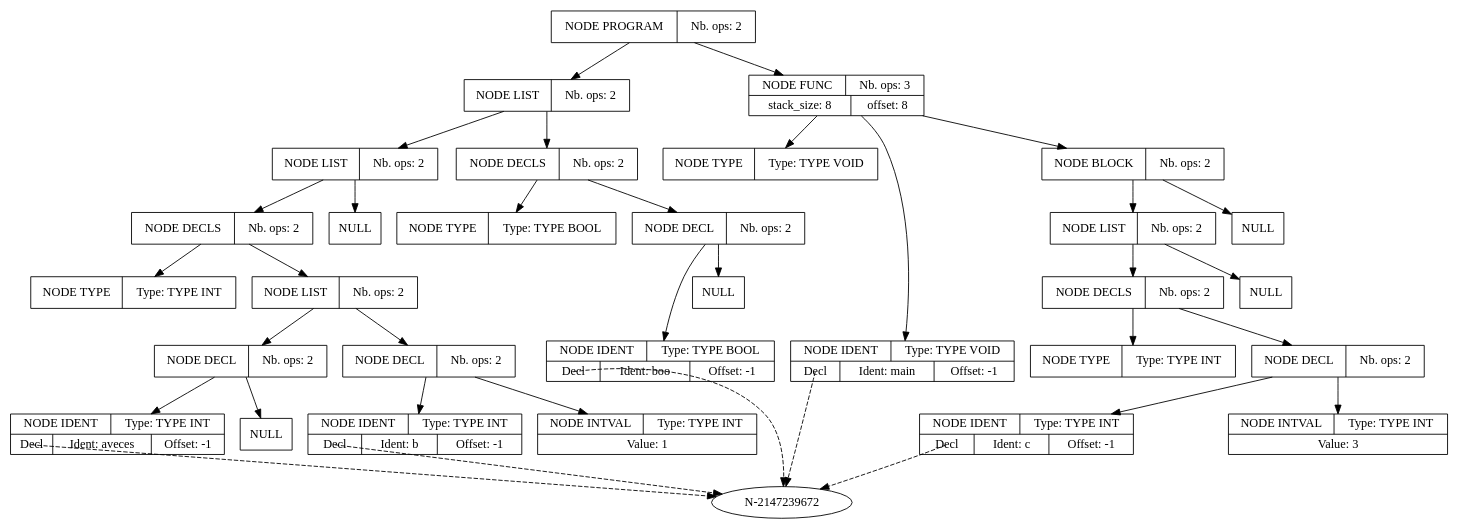
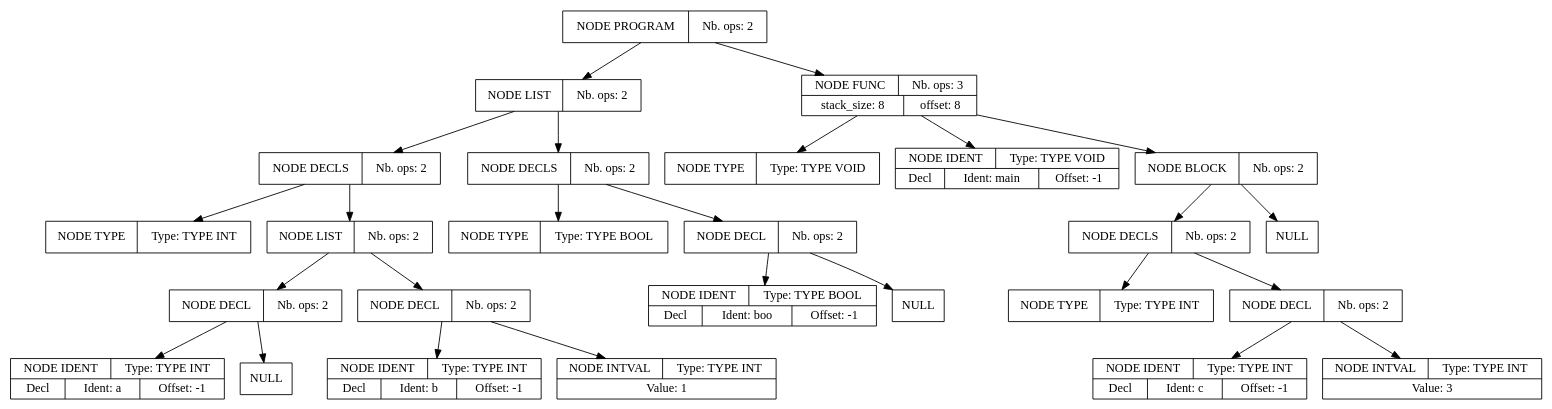
Before and after one commit to LisaHennebelle/Compilation: the diagram in tree.dot, drawn with Graphviz. The commit also changed 12 other files, not shown here.

```diff
--- a/tree.dot
+++ b/tree.dot
@@ -1,100 +1,78 @@
 digraph global_vars {
     N1 [shape=record, label="{{NODE PROGRAM|Nb. ops: 2}}"];
     N2 [shape=record, label="{{NODE LIST|Nb. ops: 2}}"];
-    N3 [shape=record, label="{{NODE LIST|Nb. ops: 2}}"];
-    N4 [shape=record, label="{{NODE DECLS|Nb. ops: 2}}"];
-    N5 [shape=record, label="{{NODE TYPE|Type: TYPE INT}}"];
+    N3 [shape=record, label="{{NODE DECLS|Nb. ops: 2}}"];
+    N4 [shape=record, label="{{NODE TYPE|Type: TYPE INT}}"];
     edge[tailclip=true];
-    N4 -> N5
-    N6 [shape=record, label="{{NODE LIST|Nb. ops: 2}}"];
-    N7 [shape=record, label="{{NODE DECL|Nb. ops: 2}}"];
-    N8 [shape=record, label="{{NODE IDENT|Type: TYPE INT}|{<decl>Decl      |Ident: aveces|Offset: -1}}"];
-    edge[tailclip=false];
-    "N8":decl:c -> "N-2147239672" [style=dashed]
-    edge[tailclip=true];
-    N7 -> N8
-    N9 [shape=record, label="{{NULL}}"];
-    edge[tailclip=true];
-    N7 -> N9
+    N3 -> N4
+    N5 [shape=record, label="{{NODE LIST|Nb. ops: 2}}"];
+    N6 [shape=record, label="{{NODE DECL|Nb. ops: 2}}"];
+    N7 [shape=record, label="{{NODE IDENT|Type: TYPE INT}|{<decl>Decl      |Ident: a|Offset: -1}}"];
     edge[tailclip=true];
     N6 -> N7
-    N10 [shape=record, label="{{NODE DECL|Nb. ops: 2}}"];
-    N11 [shape=record, label="{{NODE IDENT|Type: TYPE INT}|{<decl>Decl      |Ident: b|Offset: -1}}"];
-    edge[tailclip=false];
-    "N11":decl:c -> "N-2147239672" [style=dashed]
+    N8 [shape=record, label="{{NULL}}"];
     edge[tailclip=true];
-    N10 -> N11
-    N12 [shape=record, label="{{NODE INTVAL|Type: TYPE INT}|{Value: 1}}"];
+    N6 -> N8
     edge[tailclip=true];
-    N10 -> N12
+    N5 -> N6
+    N9 [shape=record, label="{{NODE DECL|Nb. ops: 2}}"];
+    N10 [shape=record, label="{{NODE IDENT|Type: TYPE INT}|{<decl>Decl      |Ident: b|Offset: -1}}"];
     edge[tailclip=true];
-    N6 -> N10
+    N9 -> N10
+    N11 [shape=record, label="{{NODE INTVAL|Type: TYPE INT}|{Value: 1}}"];
     edge[tailclip=true];
-    N4 -> N6
+    N9 -> N11
     edge[tailclip=true];
-    N3 -> N4
-    N13 [shape=record, label="{{NULL}}"];
+    N5 -> N9
     edge[tailclip=true];
-    N3 -> N13
+    N3 -> N5
     edge[tailclip=true];
     N2 -> N3
-    N14 [shape=record, label="{{NODE DECLS|Nb. ops: 2}}"];
-    N15 [shape=record, label="{{NODE TYPE|Type: TYPE BOOL}}"];
+    N12 [shape=record, label="{{NODE DECLS|Nb. ops: 2}}"];
+    N13 [shape=record, label="{{NODE TYPE|Type: TYPE BOOL}}"];
+    edge[tailclip=true];
+    N12 -> N13
+    N14 [shape=record, label="{{NODE DECL|Nb. ops: 2}}"];
+    N15 [shape=record, label="{{NODE IDENT|Type: TYPE BOOL}|{<decl>Decl      |Ident: boo|Offset: -1}}"];
     edge[tailclip=true];
     N14 -> N15
-    N16 [shape=record, label="{{NODE DECL|Nb. ops: 2}}"];
-    N17 [shape=record, label="{{NODE IDENT|Type: TYPE BOOL}|{<decl>Decl      |Ident: boo|Offset: -1}}"];
-    edge[tailclip=false];
-    "N17":decl:c -> "N-2147239672" [style=dashed]
-    edge[tailclip=true];
-    N16 -> N17
-    N18 [shape=record, label="{{NULL}}"];
-    edge[tailclip=true];
-    N16 -> N18
+    N16 [shape=record, label="{{NULL}}"];
     edge[tailclip=true];
     N14 -> N16
     edge[tailclip=true];
-    N2 -> N14
+    N12 -> N14
+    edge[tailclip=true];
+    N2 -> N12
     edge[tailclip=true];
     N1 -> N2
-    N19 [shape=record, label="{{NODE FUNC|Nb. ops: 3}|{stack_size: 8|offset: 8}}"];
-    N20 [shape=record, label="{{NODE TYPE|Type: TYPE VOID}}"];
+    N17 [shape=record, label="{{NODE FUNC|Nb. ops: 3}|{stack_size: 8|offset: 8}}"];
+    N18 [shape=record, label="{{NODE TYPE|Type: TYPE VOID}}"];
     edge[tailclip=true];
-    N19 -> N20
-    N21 [shape=record, label="{{NODE IDENT|Type: TYPE VOID}|{<decl>Decl      |Ident: main|Offset: -1}}"];
-    edge[tailclip=false];
-    "N21":decl:c -> "N-2147239672" [style=dashed]
+    N17 -> N18
+    N19 [shape=record, label="{{NODE IDENT|Type: TYPE VOID}|{<decl>Decl      |Ident: main|Offset: -1}}"];
     edge[tailclip=true];
-    N19 -> N21
-    N22 [shape=record, label="{{NODE BLOCK|Nb. ops: 2}}"];
-    N23 [shape=record, label="{{NODE LIST|Nb. ops: 2}}"];
-    N24 [shape=record, label="{{NODE DECLS|Nb. ops: 2}}"];
-    N25 [shape=record, label="{{NODE TYPE|Type: TYPE INT}}"];
+    N17 -> N19
+    N20 [shape=record, label="{{NODE BLOCK|Nb. ops: 2}}"];
+    N21 [shape=record, label="{{NODE DECLS|Nb. ops: 2}}"];
+    N22 [shape=record, label="{{NODE TYPE|Type: TYPE INT}}"];
     edge[tailclip=true];
-    N24 -> N25
-    N26 [shape=record, label="{{NODE DECL|Nb. ops: 2}}"];
-    N27 [shape=record, label="{{NODE IDENT|Type: TYPE INT}|{<decl>Decl      |Ident: c|Offset: -1}}"];
-    edge[tailclip=false];
-    "N27":decl:c -> "N-2147239672" [style=dashed]
-    edge[tailclip=true];
-    N26 -> N27
-    N28 [shape=record, label="{{NODE INTVAL|Type: TYPE INT}|{Value: 3}}"];
-    edge[tailclip=true];
-    N26 -> N28
-    edge[tailclip=true];
-    N24 -> N26
+    N21 -> N22
+    N23 [shape=record, label="{{NODE DECL|Nb. ops: 2}}"];
+    N24 [shape=record, label="{{NODE IDENT|Type: TYPE INT}|{<decl>Decl      |Ident: c|Offset: -1}}"];
     edge[tailclip=true];
     N23 -> N24
-    N29 [shape=record, label="{{NULL}}"];
+    N25 [shape=record, label="{{NODE INTVAL|Type: TYPE INT}|{Value: 3}}"];
     edge[tailclip=true];
-    N23 -> N29
+    N23 -> N25
     edge[tailclip=true];
-    N22 -> N23
-    N30 [shape=record, label="{{NULL}}"];
+    N21 -> N23
     edge[tailclip=true];
-    N22 -> N30
+    N20 -> N21
+    N26 [shape=record, label="{{NULL}}"];
     edge[tailclip=true];
-    N19 -> N22
+    N20 -> N26
     edge[tailclip=true];
-    N1 -> N19
+    N17 -> N20
+    edge[tailclip=true];
+    N1 -> N17
 }
```
